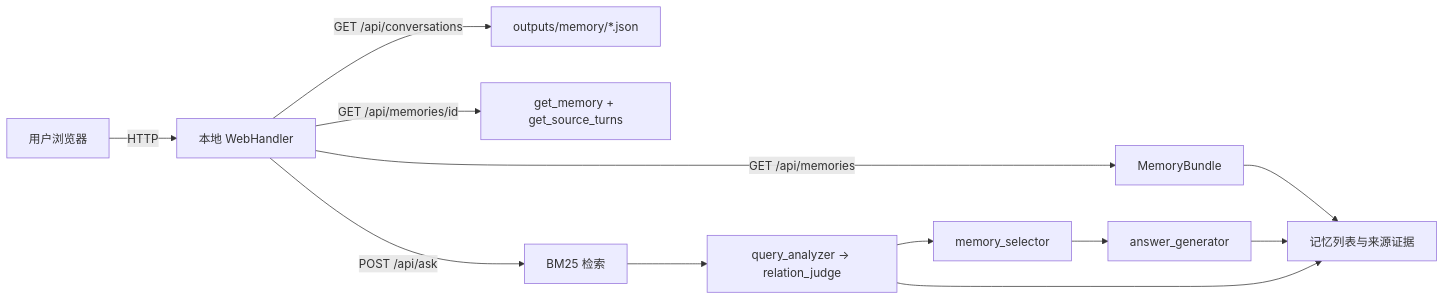
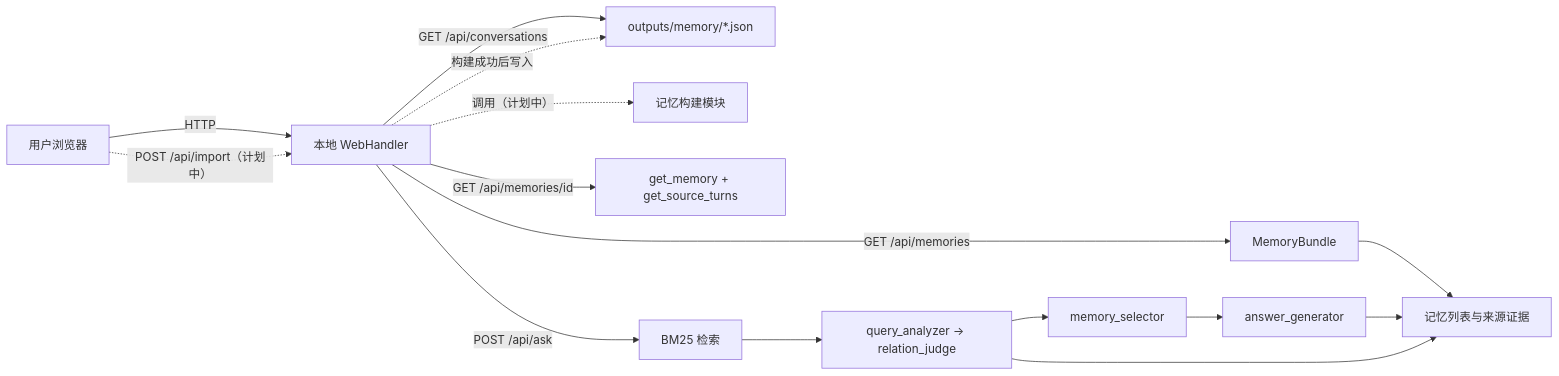
Before and after one commit to Chenyyyyyy666/ZJU-Software-Requirements-Engineering-Project: the diagram in docs/design-and-test.md, drawn with Mermaid. The commit also changed other lines of this file and 1 other file, not shown here.

Commit message:
docs(web): specify conversation import requirement (#25)

````diff
--- a/docs/design-and-test.md
+++ b/docs/design-and-test.md
@@ -157,14 +157,17 @@
 ```mermaid
 flowchart LR
     User[用户浏览器] -->|HTTP| Web[本地 WebHandler]
     Web -->|GET /api/conversations| Files[outputs/memory/*.json]
+    User -.->|POST /api/import（计划中）| Web
+    Web -.->|构建成功后写入| Files
+    Web -.->|调用（计划中）| M[记忆构建模块]
     Web -->|GET /api/memories| Bundle[MemoryBundle]
     Web -->|GET /api/memories/id| Evidence[get_memory + get_source_turns]
     Web -->|POST /api/ask| Search[BM25 检索]
     Search --> Reason[query_analyzer → relation_judge]
     Reason --> Select[memory_selector]
     Select --> Answer[answer_generator]
     Bundle --> UI[记忆列表与来源证据]
     Answer --> UI
     Reason --> UI
 ```
````
